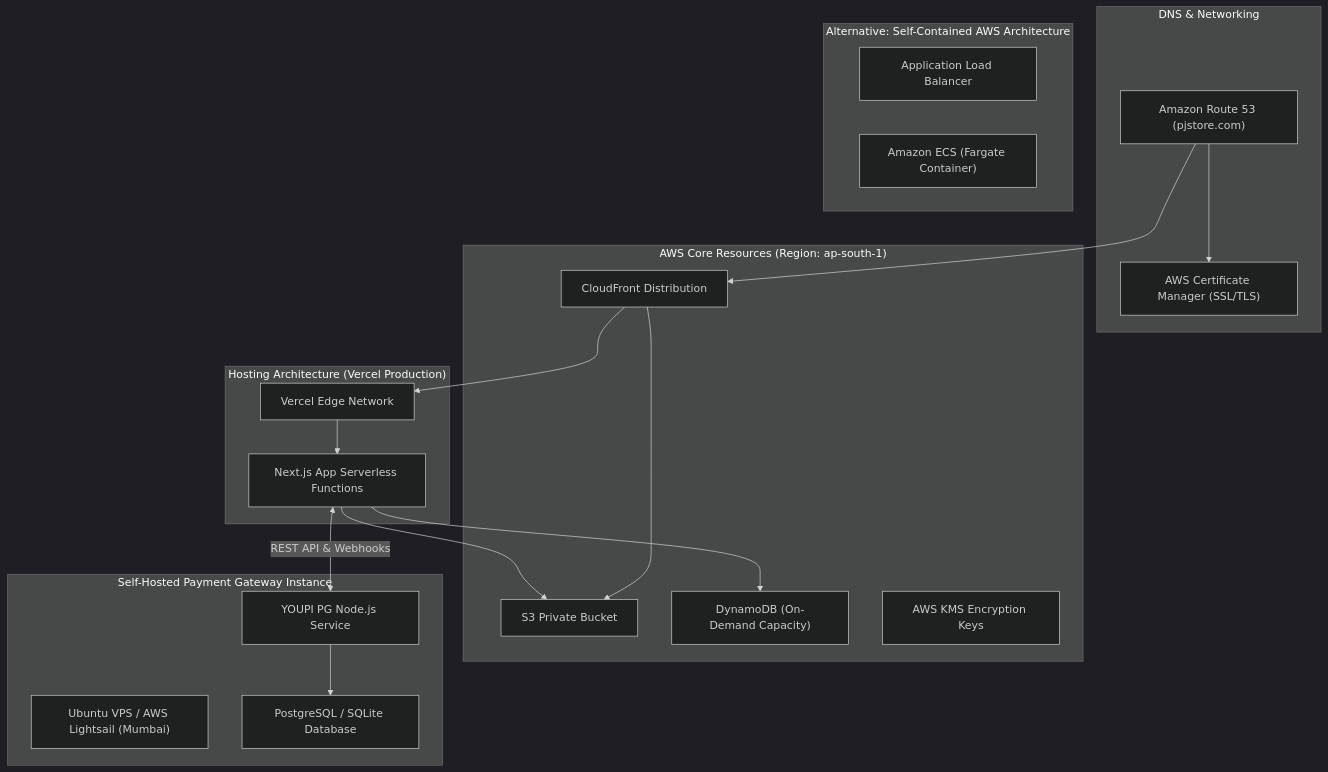
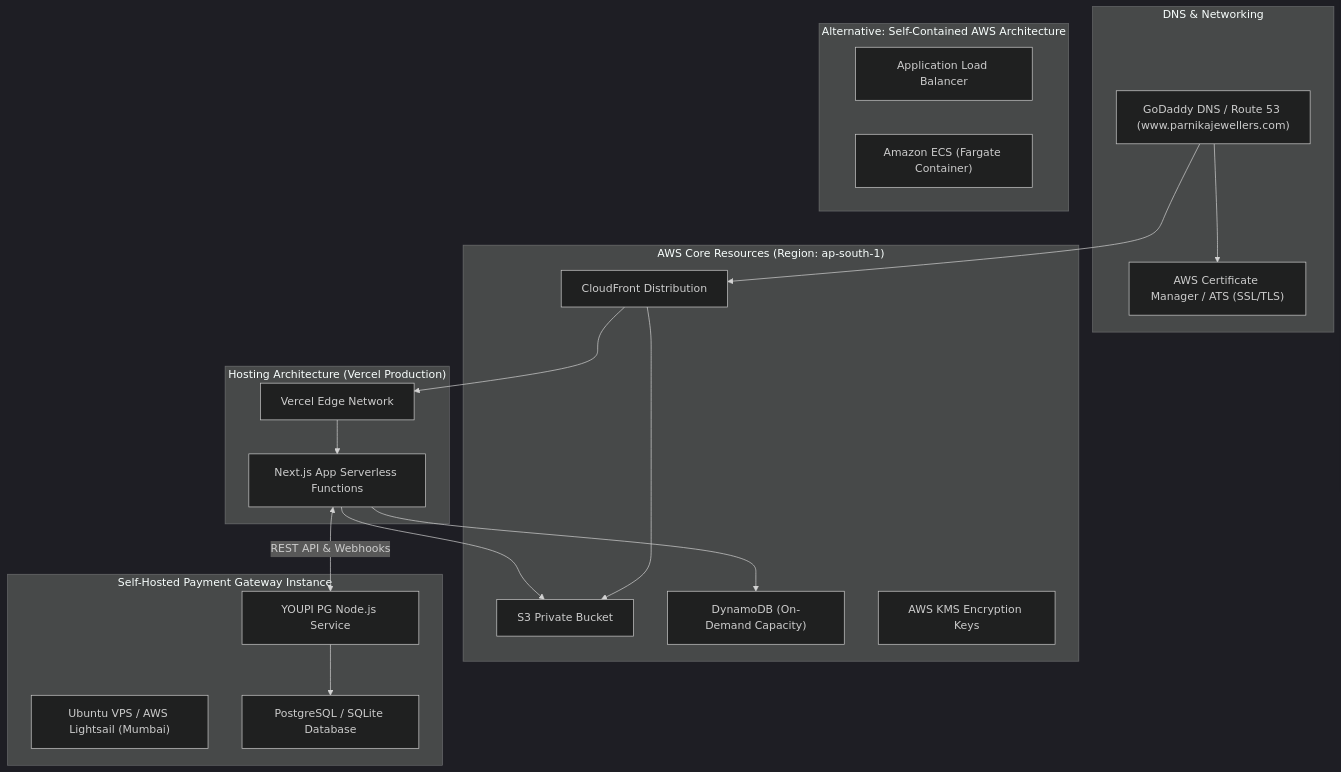
The ninth of 9 diagrams in Docs/architecture.md (sandeep83103/pjstoreV0), drawn with Mermaid (dark theme) before and after one commit. The commit also changed other lines of this file and 33 other files, not shown here.

Commit message:
feat(domain): configure production domain www.parnikajewellers.com connected via GoDaddy to AWS Amplify

````diff
--- a/Docs/architecture.md
+++ b/Docs/architecture.md
@@ -587,41 +587,41 @@
 ```mermaid
 flowchart TD
     subgraph Route53["DNS & Networking"]
-        DNS["Amazon Route 53 (pjstore.com)"]
-        ACM["AWS Certificate Manager (SSL/TLS)"]
+        DNS["GoDaddy DNS / Route 53 (www.parnikajewellers.com)"]
+        ACM["AWS Certificate Manager / ATS (SSL/TLS)"]
     end
 
     subgraph HostingOptionA["Hosting Architecture (Vercel Production)"]
         VercelEdge["Vercel Edge Network"]
         VercelServer["Next.js App Serverless Functions"]
     end
 
     subgraph HostingOptionB["Alternative: Self-Contained AWS Architecture"]
         ALB["Application Load Balancer"]
         ECS["Amazon ECS (Fargate Container)"]
     end
 
     subgraph AWSResources["AWS Core Resources (Region: ap-south-1)"]
         CFDist["CloudFront Distribution"]
         S3Prod["S3 Private Bucket"]
         DDBProd["DynamoDB (On-Demand Capacity)"]
         KMS["AWS KMS Encryption Keys"]
     end
 
     subgraph YouPiHost["Self-Hosted Payment Gateway Instance"]
         VPS["Ubuntu VPS / AWS Lightsail (Mumbai)"]
         YouPiService["YOUPI PG Node.js Service"]
         YouPiDB["PostgreSQL / SQLite Database"]
     end
 
     DNS --> ACM
     DNS --> CFDist
     CFDist --> VercelEdge
     VercelEdge --> VercelServer
     VercelServer --> DDBProd
     VercelServer --> S3Prod
     CFDist --> S3Prod
 
     VercelServer <-->|REST API & Webhooks| YouPiService
     YouPiService --> YouPiDB
 ```
````
